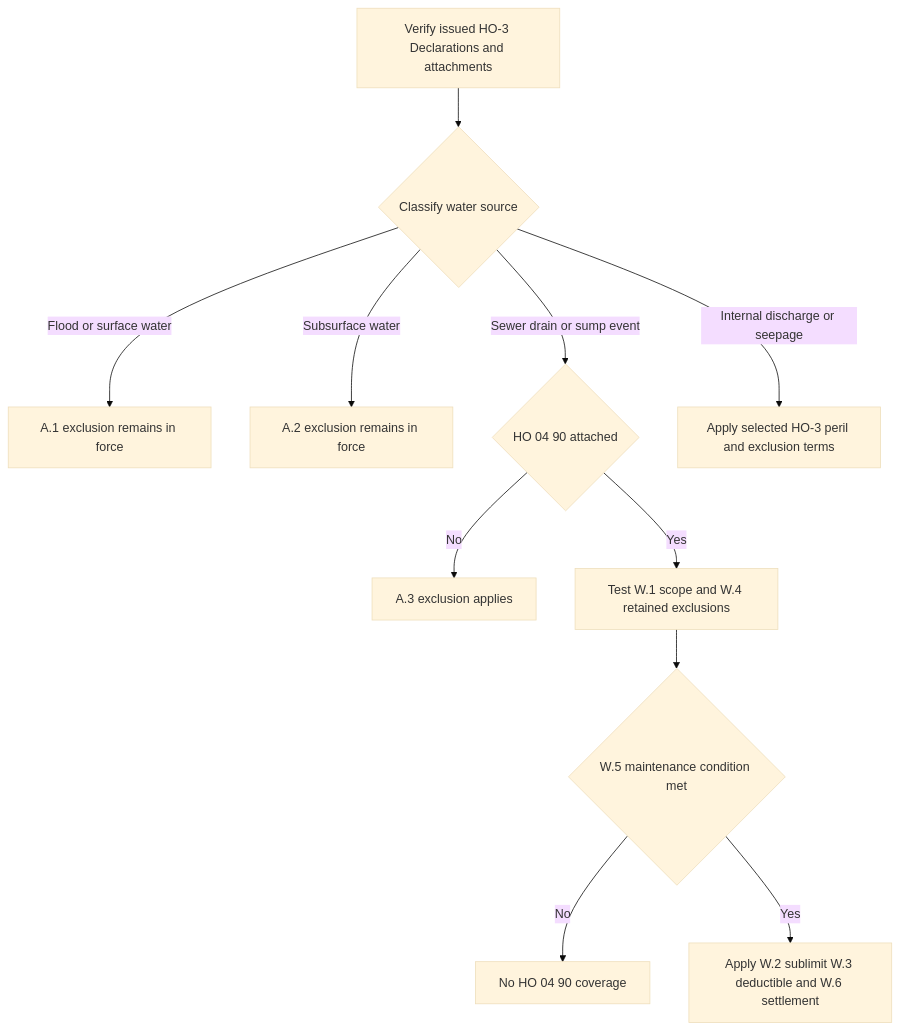
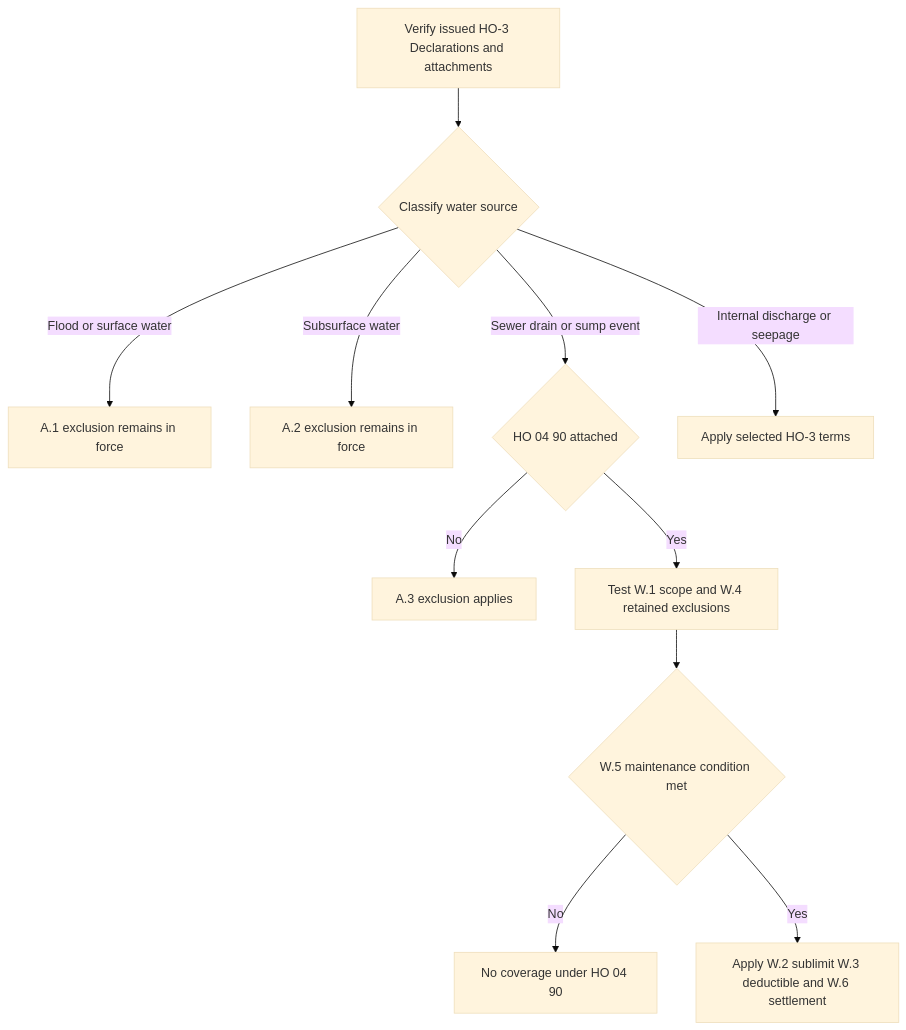
The diagram in openwiki/coverage/property/water-damage-and-backup.md (eugeneliu-86/openwiki-insurance-corpus), drawn with Mermaid (base theme) before and after one commit. The commit also changed other lines of this file and 41 other files, not shown here.

````diff
--- a/openwiki/coverage/property/water-damage-and-backup.md
+++ b/openwiki/coverage/property/water-damage-and-backup.md
@@ -52,13 +49,13 @@
 ```mermaid
 flowchart TD
     Record["Verify issued HO-3 Declarations and attachments"] --> Source{"Classify water source"}
     Source -- "Flood or surface water" --> AOne["A.1 exclusion remains in force"]
     Source -- "Subsurface water" --> ATwo["A.2 exclusion remains in force"]
     Source -- "Sewer drain or sump event" --> AThree{"HO 04 90 attached"}
-    Source -- "Internal discharge or seepage" --> Other["Apply selected HO-3 peril and exclusion terms"]
-    AThree -- No --> AThreeBar["A.3 exclusion applies"]
-    AThree -- Yes --> Scope["Test W.1 scope and W.4 retained exclusions"]
+    Source -- "Internal discharge or seepage" --> Other["Apply selected HO-3 terms"]
+    AThree -- "No" --> AThreeBar["A.3 exclusion applies"]
+    AThree -- "Yes" --> Scope["Test W.1 scope and W.4 retained exclusions"]
     Scope --> Maint{"W.5 maintenance condition met"}
-    Maint -- No --> NoWriteback["No HO 04 90 coverage"]
-    Maint -- Yes --> Terms["Apply W.2 sublimit W.3 deductible and W.6 settlement"]
+    Maint -- "No" --> NoWriteback["No coverage under HO 04 90"]
+    Maint -- "Yes" --> Terms["Apply W.2 sublimit W.3 deductible and W.6 settlement"]
 ```
````
